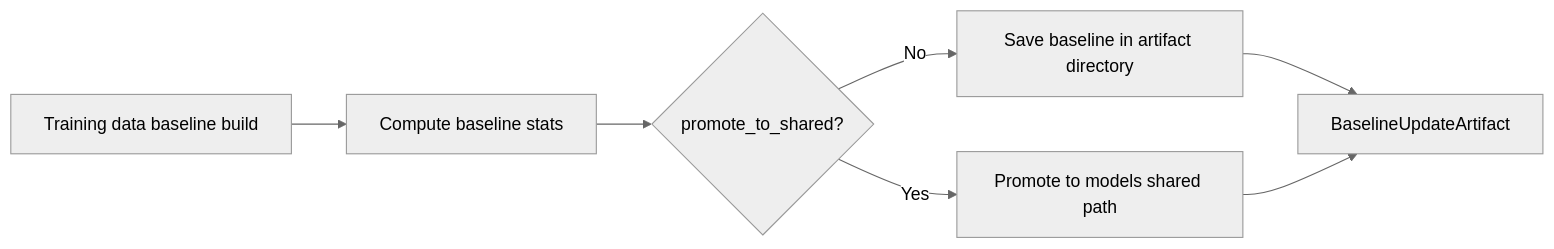
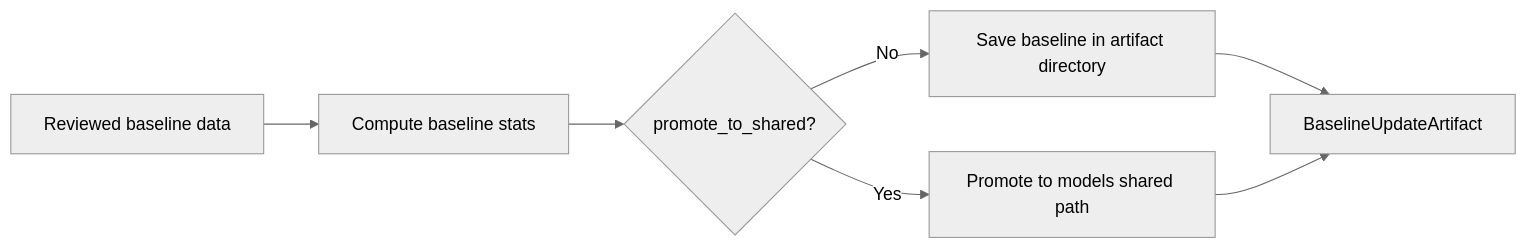
Diagram 14 of 20 in docs/PIPELINE_DATA_FLOW_MAP.md (ShalinVachheta017/wearable-har-mlops-pipeline), drawn with Mermaid (neutral theme) before and after one commit. The commit also changed other lines of this file and 450 other files, not shown here.

````diff
--- a/docs/PIPELINE_DATA_FLOW_MAP.md
+++ b/docs/PIPELINE_DATA_FLOW_MAP.md
@@ -319,9 +313,9 @@
 ```mermaid
 flowchart LR
-    S10A[Training data baseline build] --> S10B[Compute baseline stats]
+    S10A[Reviewed baseline data] --> S10B[Compute baseline stats]
     S10B --> S10C{promote_to_shared?}
     S10C -->|No| S10D[Save baseline in artifact directory]
     S10C -->|Yes| S10E[Promote to models shared path]
     S10D --> S10F[BaselineUpdateArtifact]
     S10E --> S10F
 ```
````
